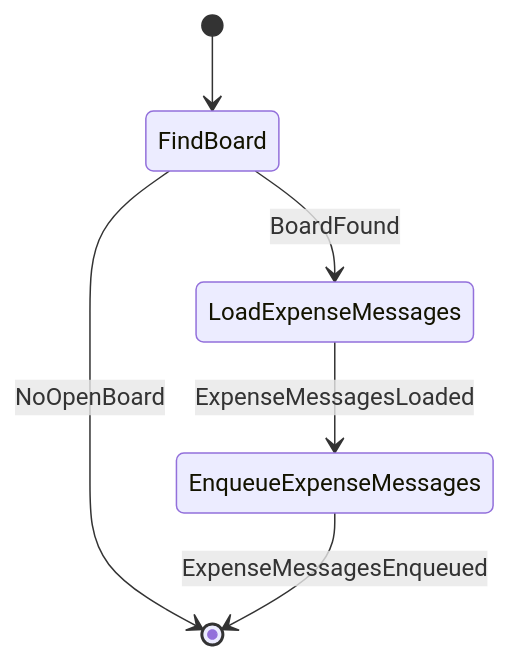
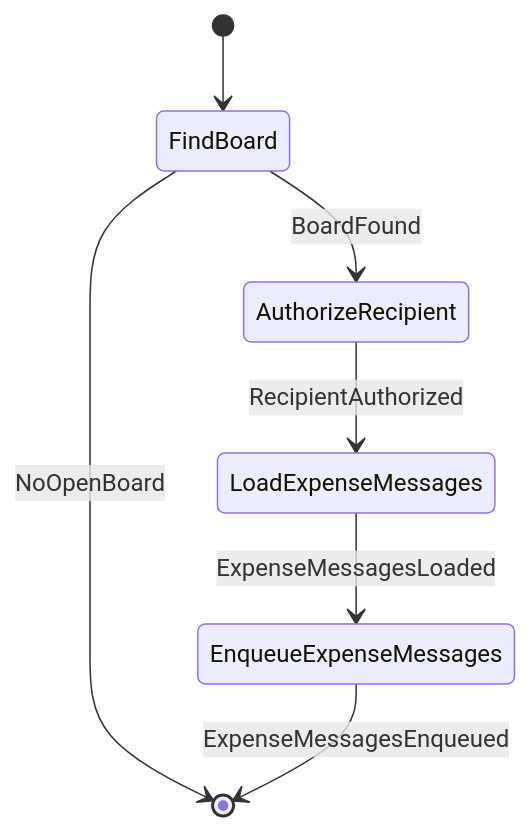
The fifth of 16 diagrams in docs/architecture/workflows/groupstate.md (cbgm/Sparrow), drawn with Mermaid before and after one commit. The commit also changed other lines of this file and 226 other files, not shown here.

````diff
--- a/docs/architecture/workflows/groupstate.md
+++ b/docs/architecture/workflows/groupstate.md
@@ -123,8 +120,9 @@
 ```mermaid
 stateDiagram-v2
     [*] --> FindBoard
-    FindBoard --> LoadExpenseMessages : BoardFound
+    FindBoard --> AuthorizeRecipient : BoardFound
     FindBoard --> [*] : NoOpenBoard
+    AuthorizeRecipient --> LoadExpenseMessages : RecipientAuthorized
     LoadExpenseMessages --> EnqueueExpenseMessages : ExpenseMessagesLoaded
     EnqueueExpenseMessages --> [*] : ExpenseMessagesEnqueued
 ```
````
